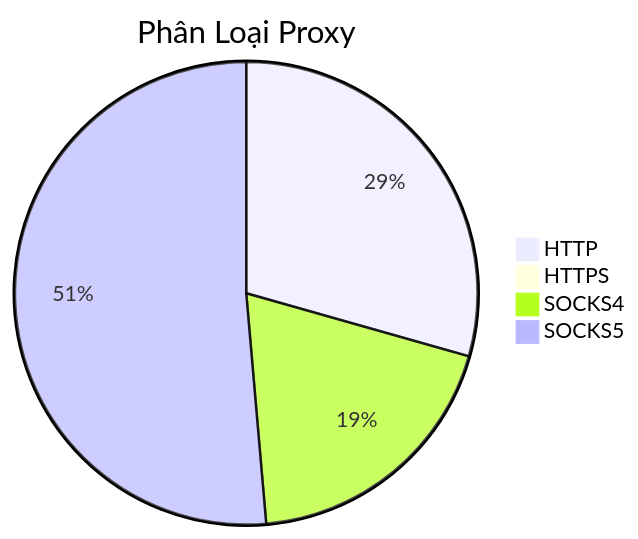
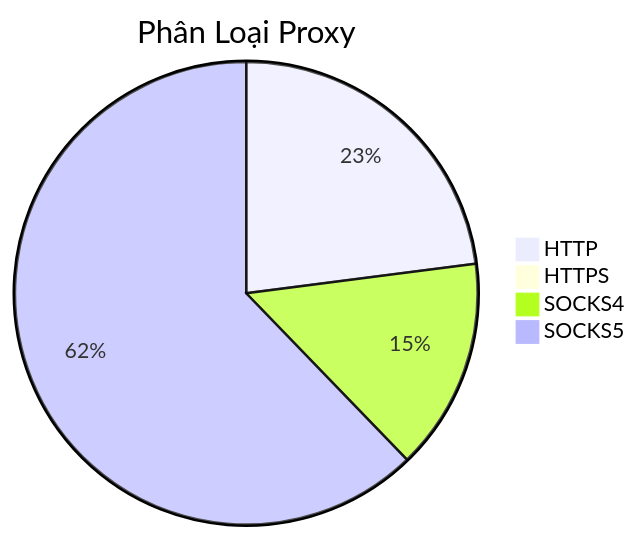
The diagram in README.md (Ciara-12/PROXY-free), drawn with Mermaid before and after one commit. The commit also changed other lines of this file and 3 other files, not shown here.

````diff
--- a/README.md
+++ b/README.md
@@ -26,7 +26,7 @@
 ```mermaid
 pie title Phân Loại Proxy
-    "HTTP" : 480
+    "HTTP" : 632
     "HTTPS" : 1
-    "SOCKS4" : 314
-    "SOCKS5" : 839
+    "SOCKS4" : 408
+    "SOCKS5" : 1713
 ```
````
